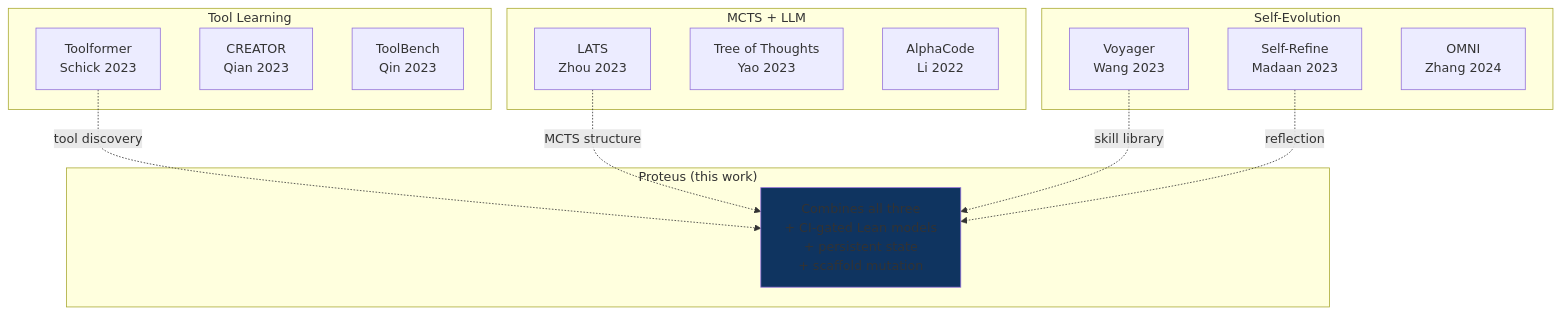
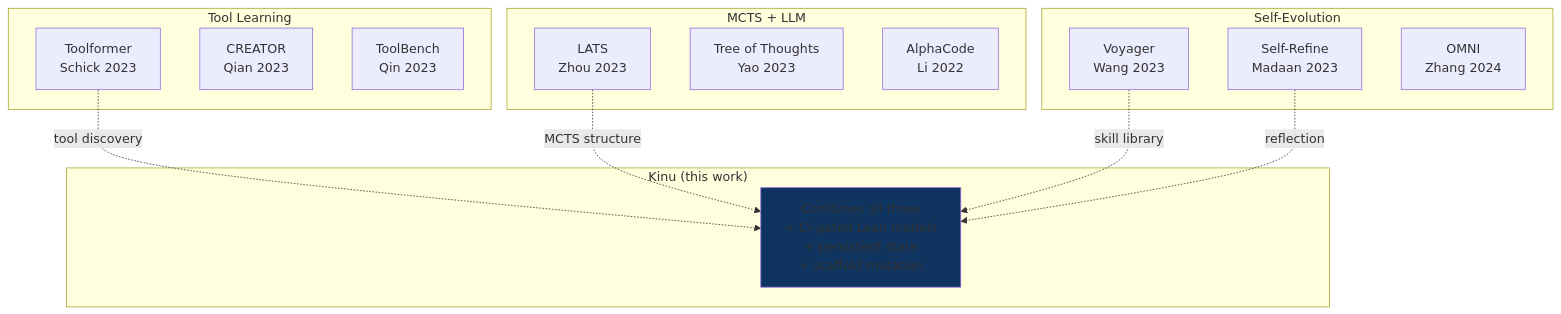
The third of 3 diagrams in docs/APPLICATIONS.md (AshishKumar4/Proteus), drawn with Mermaid before and after one commit. The commit also changed other lines of this file and 252 other files, not shown here.

````diff
--- a/docs/APPLICATIONS.md
+++ b/docs/APPLICATIONS.md
@@ -150,31 +150,31 @@
 ```mermaid
 graph TB
     subgraph "Tool Learning"
         TF[Toolformer<br/>Schick 2023]
         CR[CREATOR<br/>Qian 2023]
         TB[ToolBench<br/>Qin 2023]
     end
 
     subgraph "Self-Evolution"
         VY[Voyager<br/>Wang 2023]
         SR[Self-Refine<br/>Madaan 2023]
         OM[OMNI<br/>Zhang 2024]
     end
 
     subgraph "MCTS + LLM"
         LATS[LATS<br/>Zhou 2023]
         TOT[Tree of Thoughts<br/>Yao 2023]
         AC[AlphaCode<br/>Li 2022]
     end
 
-    subgraph "Proteus (this work)"
+    subgraph "Kinu (this work)"
         P[Combines all three<br/>+ CI-gated Lean models<br/>+ persistent state<br/>+ scaffold mutation]
     end
 
     TF -.->|"tool discovery"| P
     VY -.->|"skill library"| P
     LATS -.->|"MCTS structure"| P
     SR -.->|"reflection"| P
 
     style P fill:#0f3460
 ```
````
